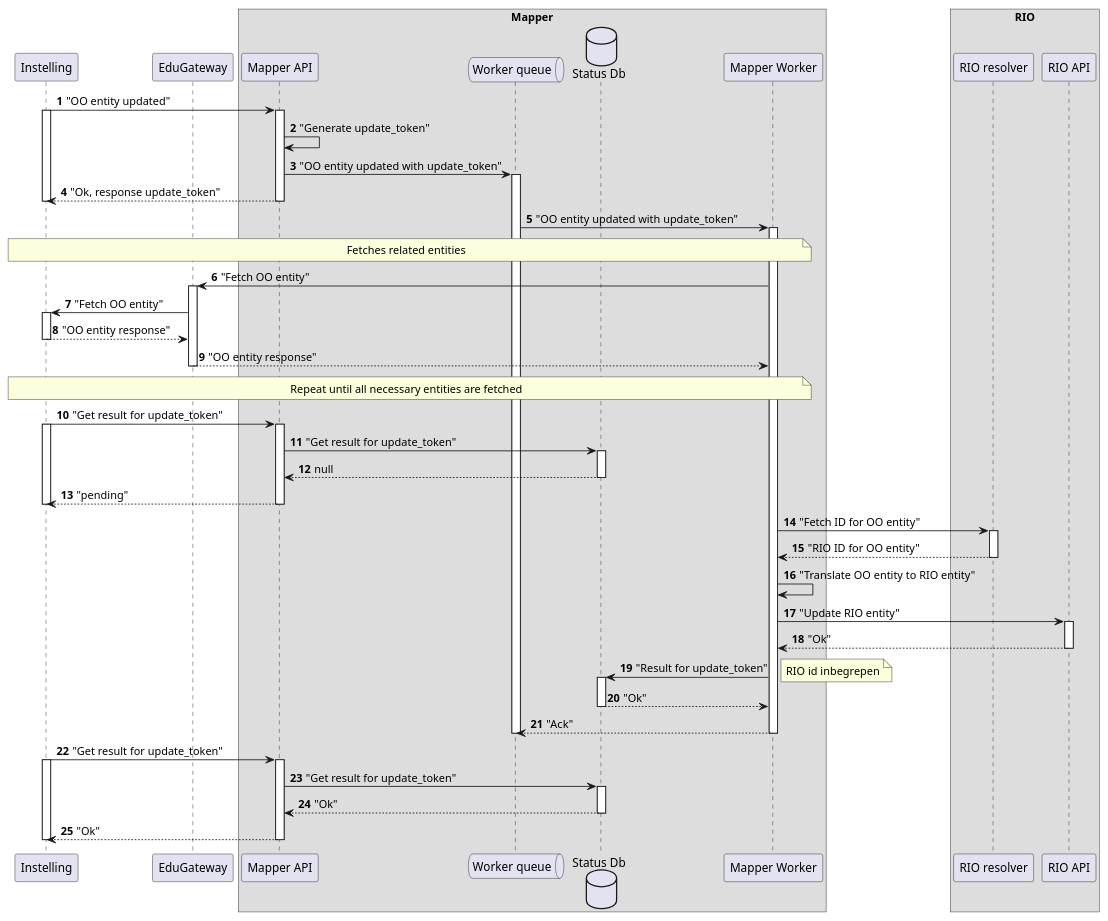
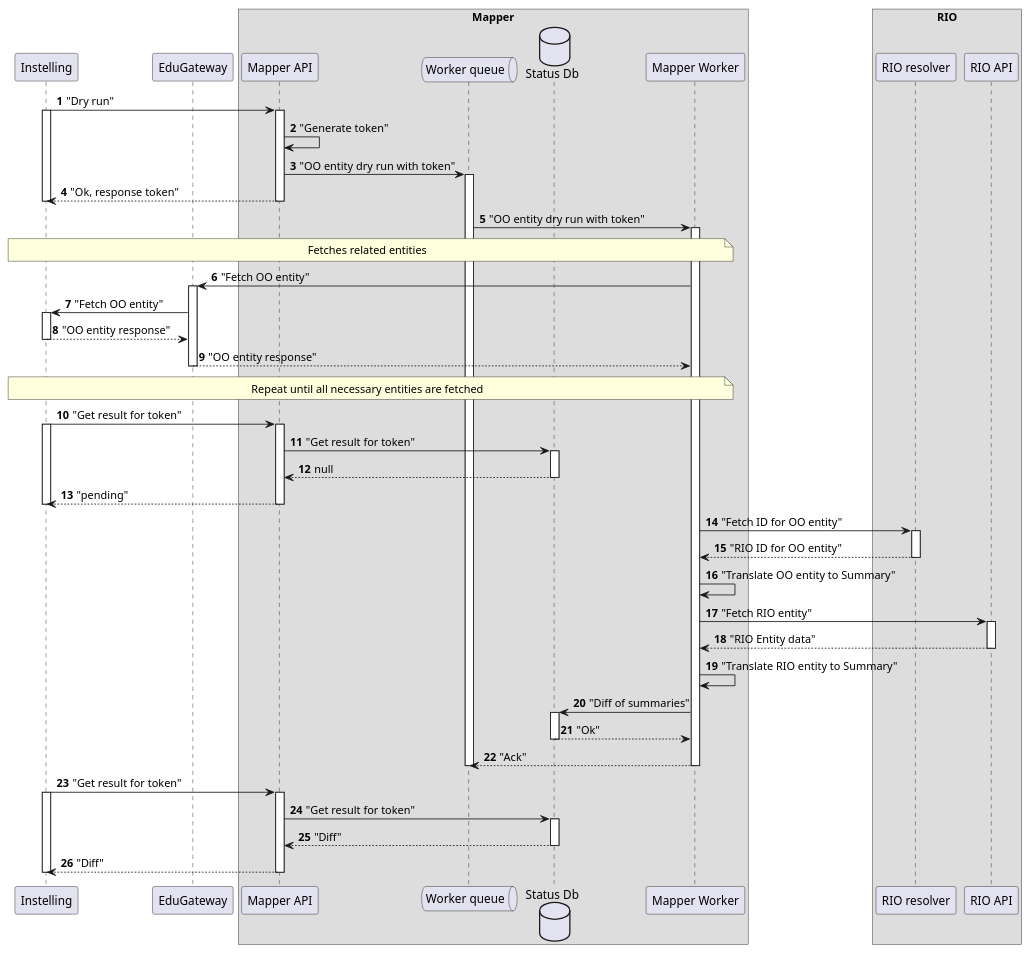
The fourth of 11 diagrams in doc/design/rio-mapper-ontwerp.org (jomco/eduhub-rio-mapper), drawn with PlantUML before and after one commit. The commit also changed other lines of this file and 1 other file, not shown here.

Commit message:
Expand sequence diagram with relations, add deletion and and dry-run

```diff
--- a/doc/design/rio-mapper-ontwerp.org
+++ b/doc/design/rio-mapper-ontwerp.org
@@ -466,103 +718,101 @@
-   #+begin_src plantuml :file (fig-file "diagrams/seq-happy") :exports results
-     @startuml
-     participant institute as "Instelling"
-     participant gateway as "EduGateway"
+ #+begin_src plantuml :file (fig-file "diagrams/seq-dry-run") :exports results
+   @startuml
+   participant institute as "Instelling"
+   participant gateway as "EduGateway"
 
-     box "Mapper"
-       participant api as "Mapper API"
-       queue queue as "Worker queue"
-       database log as "Status Db"
-       participant mapper as "Mapper Worker"
-     end box
+   box "Mapper"
+     participant api as "Mapper API"
+     queue queue as "Worker queue"
+     database log as "Status Db"
+     participant mapper as "Mapper Worker"
+   end box
 
-     box "RIO"
-       participant resolver as "RIO resolver"
-       participant duo as "RIO API"
-     end box
+   box "RIO"
+     participant resolver as "RIO resolver"
+     participant duo as "RIO API"
+   end box
 
-     autonumber
+   autonumber
 
-     institute -> api : "OO entity updated"
-     activate institute
-       activate api
+   institute -> api : "Dry run"
+   activate institute
+     activate api
 
-         api -> api : "Generate update_token"
+       api -> api : "Generate token"
 
-         api -> queue : "OO entity updated with update_token"
-         activate queue
-           api --> institute : "Ok, response update_token"
-         deactivate institute
-       deactivate api
-  
-       queue -> mapper : "OO entity updated with update_token"
-       activate mapper
+       api -> queue : "OO entity dry run with token"
+       activate queue
+         api --> institute : "Ok, response token"
+       deactivate institute
+     deactivate api
 
-         note over institute, mapper
-           Fetches related entities
-         end note
+     queue -> mapper : "OO entity dry run with token"
+     activate mapper
 
-         mapper -> gateway : "Fetch OO entity"
-         activate gateway
+       note over institute, mapper
+         Fetches related entities
+       end note
+
+       mapper -> gateway : "Fetch OO entity"
+       activate gateway
 
 
-           gateway -> institute : "Fetch OO entity"
-           activate institute
-             institute --> gateway : "OO entity response"
-           deactivate institute
-
-           gateway --> mapper : "OO entity response"
-         deactivate gateway
-         note over institute, mapper
-           Repeat until all necessary entities are fetched
-         end note
-
-         institute -> api : "Get result for update_token"
+         gateway -> institute : "Fetch OO entity"
          activate institute
-           activate api
-
-             api -> log : "Get result for update_token"
-             activate log
-               log --> api : null
-             deactivate log
-
-             api --> institute : "pending"
-           deactivate api
+           institute --> gateway : "OO entity response"
          deactivate institute
 
-         mapper -> resolver : "Fetch ID for OO entity"
-         activate resolver
-           resolver --> mapper : "RIO ID for OO entity"
-         deactivate resolver
+         gateway --> mapper : "OO entity response"
+       deactivate gateway
+       note over institute, mapper
+         Repeat until all necessary entities are fetched
+       end note
 
-         mapper -> mapper : "Translate OO entity to RIO entity"
+       institute -> api : "Get result for token"
+       activate institute
+         activate api
 
+           api -> log : "Get result for token"
+           activate log
+             log --> api : null
+           deactivate log
 
-         mapper -> duo : "Update RIO entity"
-         activate duo
-           duo --> mapper : "Ok"
-         deactivate duo
+           api --> institute : "pending"
+         deactivate api
+       deactivate institute
 
-         mapper -> log : "Result for update_token"
-         activate log
-           note right
-             RIO id inbegrepen
-           end note
-           log --> mapper : "Ok"
-         deactivate log
-         mapper --> queue : "Ack"
-       deactivate mapper
-     deactivate queue
+       mapper -> resolver : "Fetch ID for OO entity"
+       activate resolver
+         resolver --> mapper : "RIO ID for OO entity"
+       deactivate resolver
 
-     institute -> api : "Get result for update_token"
-     activate api
-       activate institute
-         api -> log : "Get result for update_token"
-         activate log
+       mapper -> mapper : "Translate OO entity to Summary"
 
-           log --> api : "Ok"
-         deactivate log
-         api --> institute : "Ok"
-       deactivate api
-     deactivate institute
-     @enduml
+       mapper -> duo : "Fetch RIO entity"
+       activate duo
+         duo --> mapper : "RIO Entity data"
+       deactivate duo
+
+       mapper -> mapper : "Translate RIO entity to Summary"
+
+       mapper -> log : "Diff of summaries"
+       activate log
+         log --> mapper : "Ok"
+       deactivate log
+       mapper --> queue : "Ack"
+     deactivate mapper
+   deactivate queue
+
+   institute -> api : "Get result for token"
+   activate api
+     activate institute
+       api -> log : "Get result for token"
+       activate log
+
+         log --> api : "Diff"
+       deactivate log
+       api --> institute : "Diff"
+     deactivate api
+   deactivate institute
+   @enduml
    #+end_src
```
